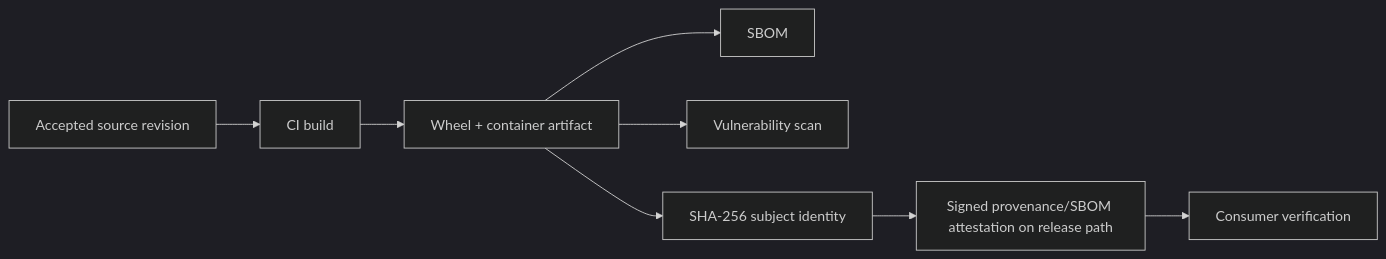
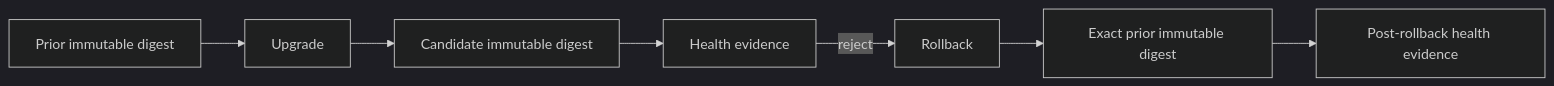
One commit to GJvManen/dtmo changed the diagram in docs/project/CURRENT_STATE.md. Above: the diagram before and after it, drawn with Mermaid (dark theme). The commit also changed other lines of this file, not shown here.

````diff
--- a/docs/project/CURRENT_STATE.md
+++ b/docs/project/CURRENT_STATE.md
@@ -56,10 +54,9 @@
 ```mermaid
 flowchart LR
-    S[Accepted source revision] --> B[CI build]
-    B --> A[Wheel + container artifact]
-    A --> SB[SBOM]
-    A --> V[Vulnerability scan]
-    A --> H[SHA-256 subject identity]
-    H --> P[Signed provenance/SBOM attestation on release path]
-    P --> C[Consumer verification]
+    B[Prior immutable digest] --> U[Upgrade]
+    U --> C[Candidate immutable digest]
+    C --> H[Health evidence]
+    H -->|reject| R[Rollback]
+    R --> B2[Exact prior immutable digest]
+    B2 --> V[Post-rollback health evidence]
 ```
````
